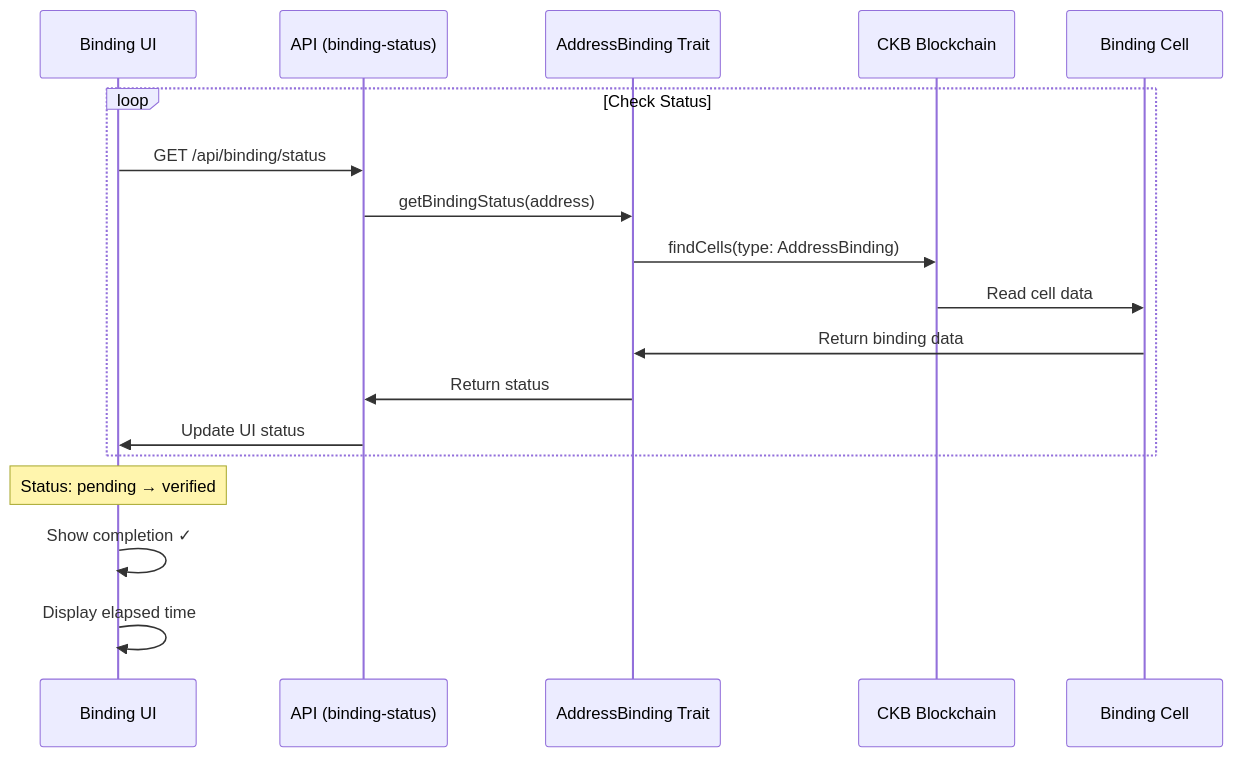
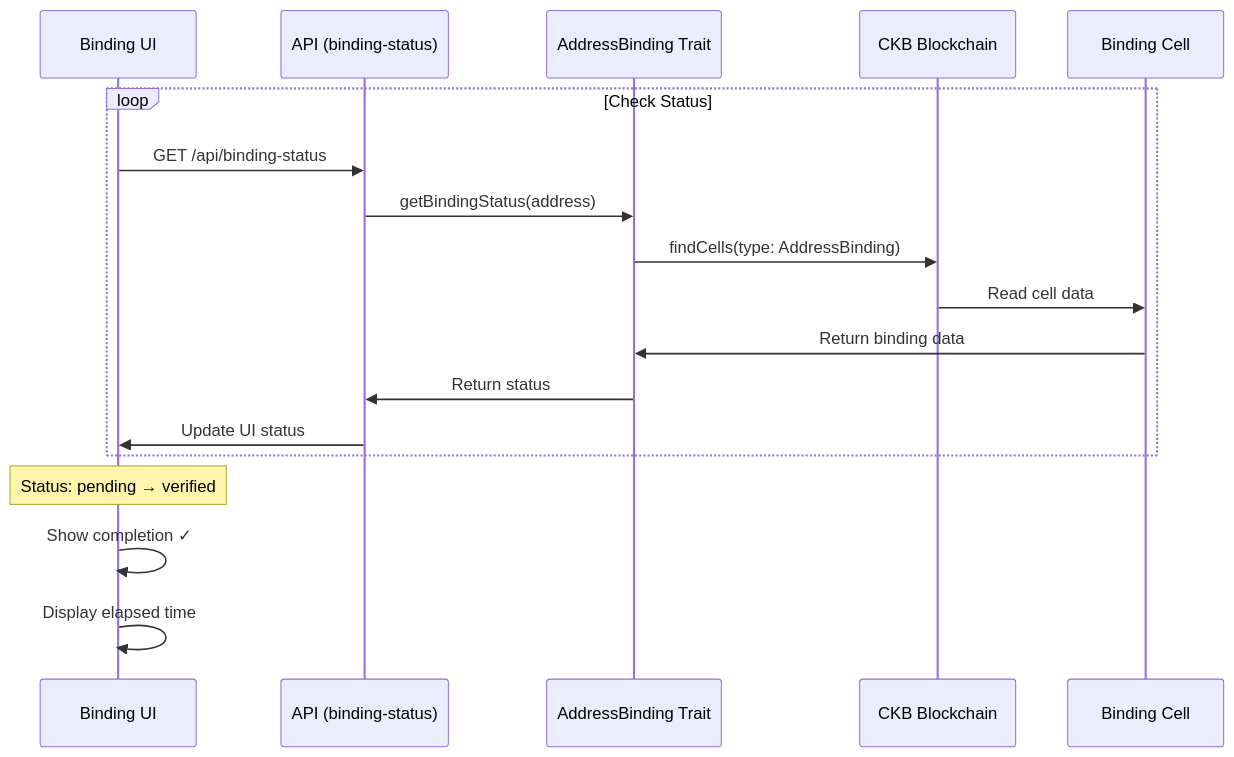
One commit to Alive24/ckb-dao-portal-v2 changed the fifth of 5 diagrams in docs/address-binding-protocol-Workflow.md. Above: the diagram before and after it, drawn with Mermaid. The commit also changed other lines of this file and 22 other files, not shown here.

````diff
--- a/docs/address-binding-protocol-Workflow.md
+++ b/docs/address-binding-protocol-Workflow.md
@@ -179,22 +184,22 @@
 ```mermaid
 sequenceDiagram
     participant UI as Binding UI
     participant API as API (binding-status)
     participant SSRI as AddressBinding Trait
     participant CKB as CKB Blockchain
     participant Cell as Binding Cell
-    
+
     loop Check Status
-        UI->>API: GET /api/binding/status
+        UI->>API: GET /api/binding-status
         API->>SSRI: getBindingStatus(address)
         SSRI->>CKB: findCells(type: AddressBinding)
         CKB->>Cell: Read cell data
         Cell->>SSRI: Return binding data
         SSRI->>API: Return status
         API->>UI: Update UI status
     end
-    
+
     Note over UI: Status: pending → verified
     UI->>UI: Show completion ✓
     UI->>UI: Display elapsed time
 ```
````
